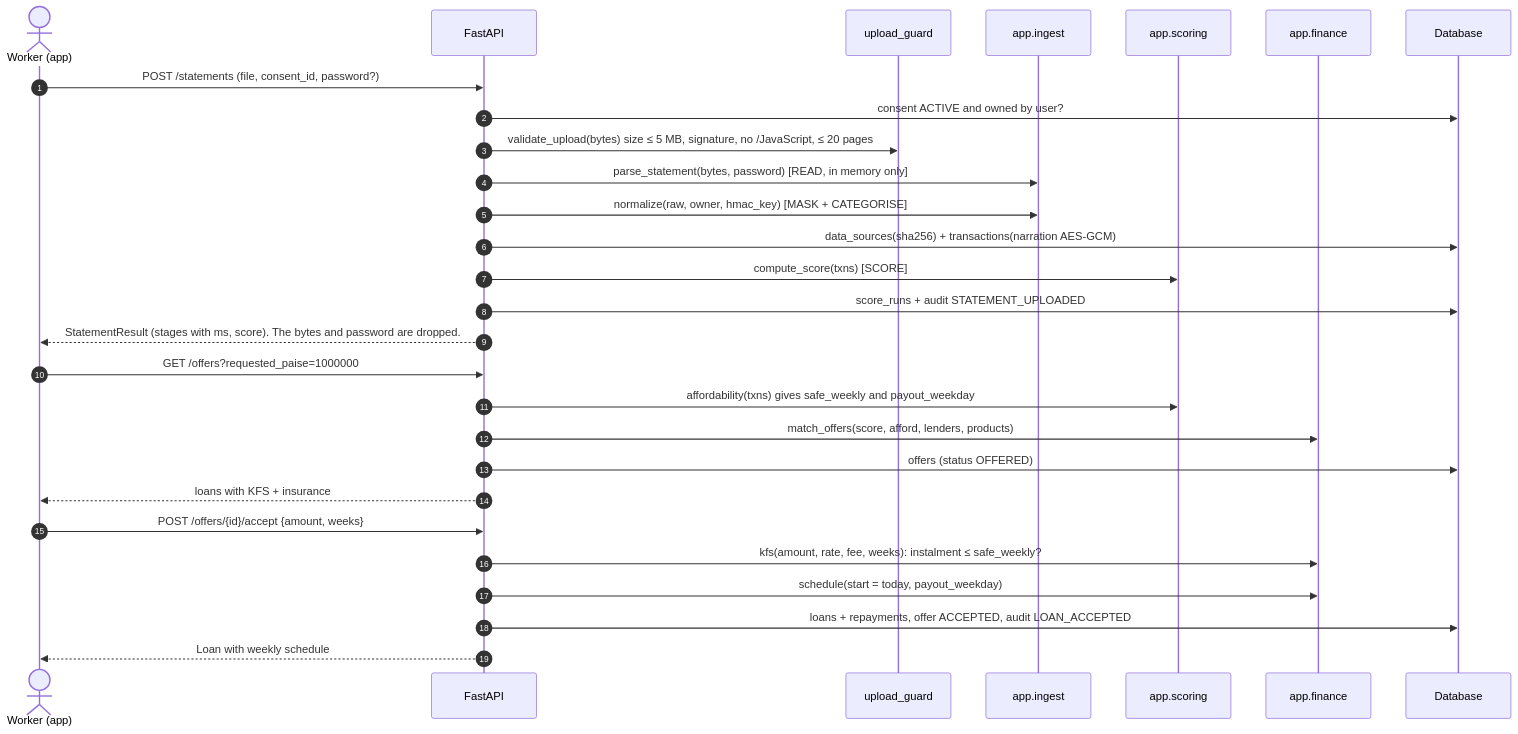
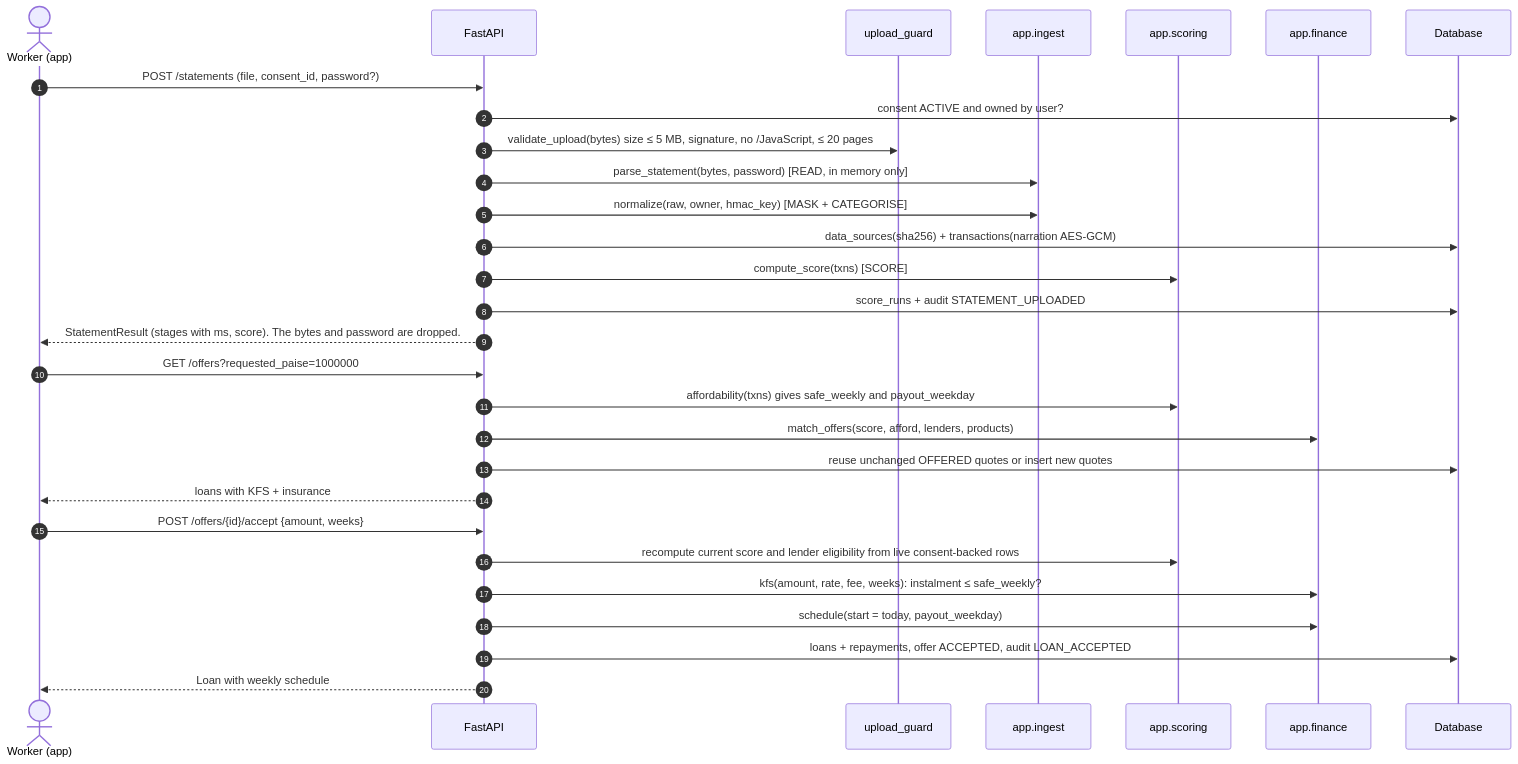
Before and after one commit to SanskarRandive100/Sahayakfin: the third of 3 diagrams in docs/ARCHITECTURE.md, drawn with Mermaid. The commit also changed other lines of this file and 12 other files, not shown here.

````diff
--- a/docs/ARCHITECTURE.md
+++ b/docs/ARCHITECTURE.md
@@ -163,33 +163,34 @@
 ```mermaid
 sequenceDiagram
   autonumber
   actor W as Worker (app)
   participant API as FastAPI
   participant G as upload_guard
   participant I as app.ingest
   participant S as app.scoring
   participant F as app.finance
   participant DB as Database
 
   W->>API: POST /statements (file, consent_id, password?)
   API->>DB: consent ACTIVE and owned by user?
   API->>G: validate_upload(bytes) size ≤ 5 MB, signature, no /JavaScript, ≤ 20 pages
   API->>I: parse_statement(bytes, password) [READ, in memory only]
   API->>I: normalize(raw, owner, hmac_key) [MASK + CATEGORISE]
   API->>DB: data_sources(sha256) + transactions(narration AES-GCM)
   API->>S: compute_score(txns) [SCORE]
   API->>DB: score_runs + audit STATEMENT_UPLOADED
   API-->>W: StatementResult (stages with ms, score). The bytes and password are dropped.
 
   W->>API: GET /offers?requested_paise=1000000
   API->>S: affordability(txns) gives safe_weekly and payout_weekday
   API->>F: match_offers(score, afford, lenders, products)
-  API->>DB: offers (status OFFERED)
+  API->>DB: reuse unchanged OFFERED quotes or insert new quotes
   API-->>W: loans with KFS + insurance
 
   W->>API: POST /offers/{id}/accept {amount, weeks}
+  API->>S: recompute current score and lender eligibility from live consent-backed rows
   API->>F: kfs(amount, rate, fee, weeks): instalment ≤ safe_weekly?
   API->>F: schedule(start = today, payout_weekday)
   API->>DB: loans + repayments, offer ACCEPTED, audit LOAN_ACCEPTED
   API-->>W: Loan with weekly schedule
 ```
````
